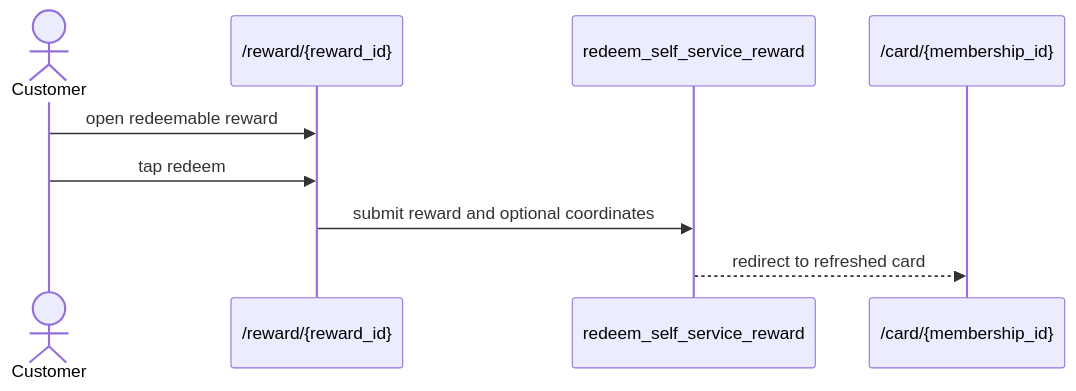
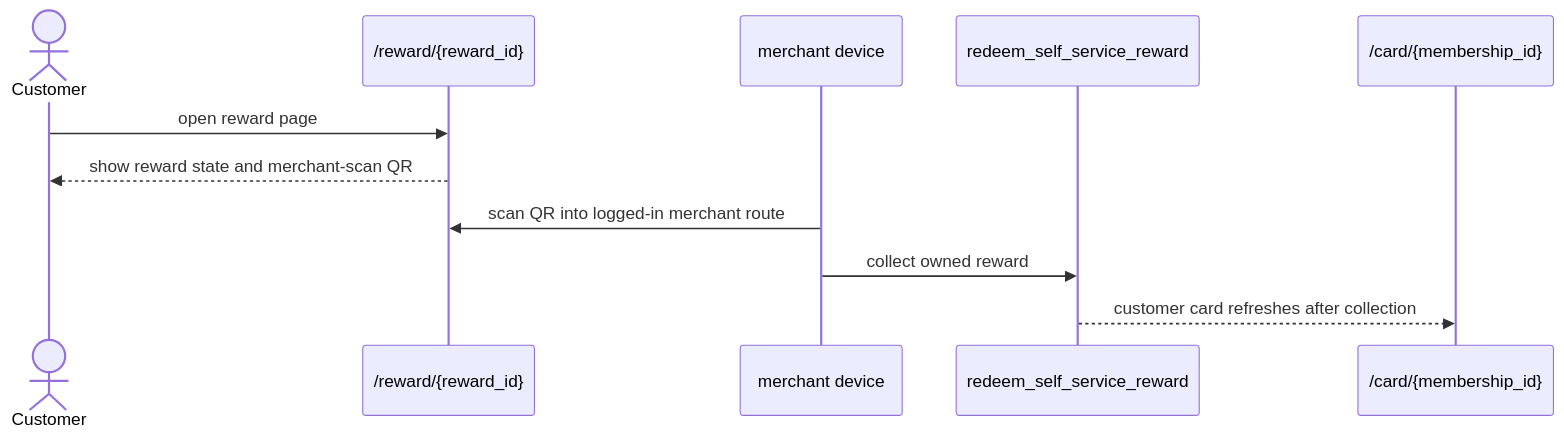
Before and after one commit to lapeninns/nabaperks: the fifth of 5 diagrams in docs/ARCHITECTURE.md, drawn with Mermaid. The commit also changed other lines of this file and 79 other files, not shown here.

Commit message:
Refine Nabaperks customer and admin flows

````diff
--- a/docs/ARCHITECTURE.md
+++ b/docs/ARCHITECTURE.md
@@ -156,11 +157,13 @@
 ```mermaid
 sequenceDiagram
   actor Customer
   participant Reward as /reward/{reward_id}
+  participant Merchant as merchant device
   participant RPC as redeem_self_service_reward
   participant Card as /card/{membership_id}
-  Customer->>Reward: open redeemable reward
-  Customer->>Reward: tap redeem
-  Reward->>RPC: submit reward and optional coordinates
-  RPC-->>Card: redirect to refreshed card
+  Customer->>Reward: open reward page
+  Reward-->>Customer: show reward state and merchant-scan QR
+  Merchant->>Reward: scan QR into logged-in merchant route
+  Merchant->>RPC: collect owned reward
+  RPC-->>Card: customer card refreshes after collection
 ```
````
